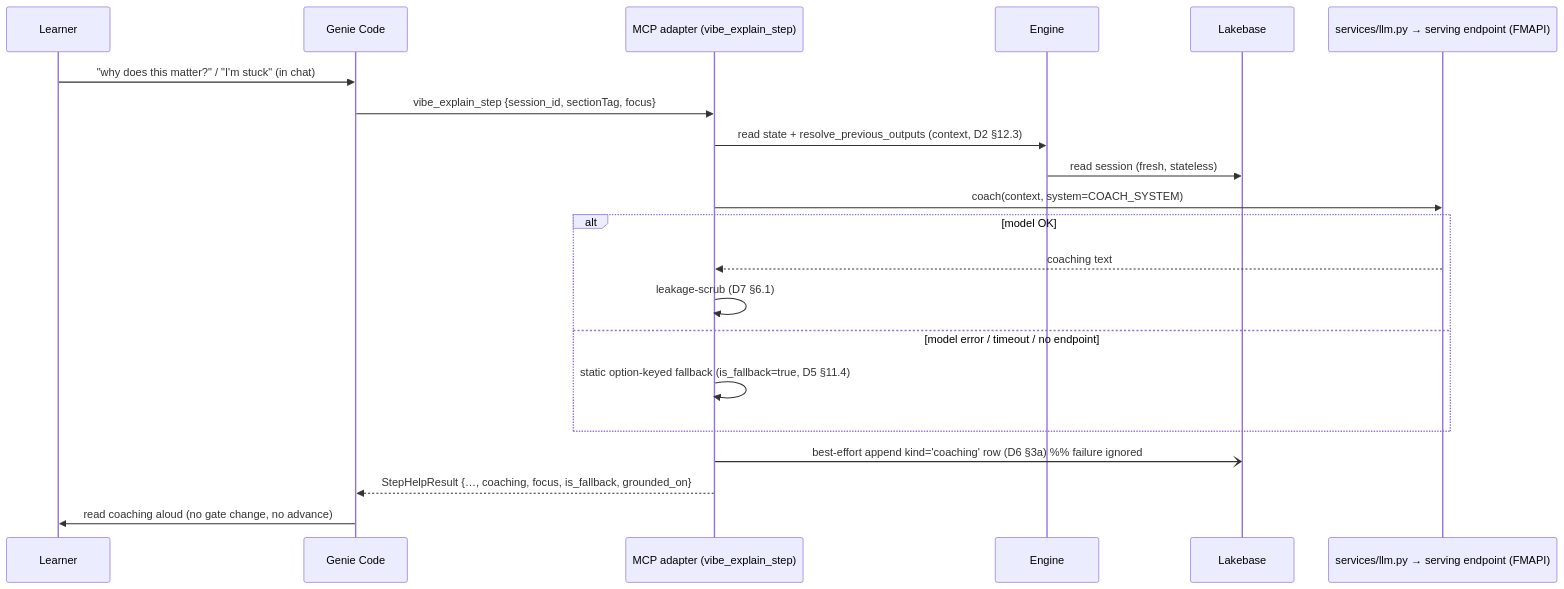
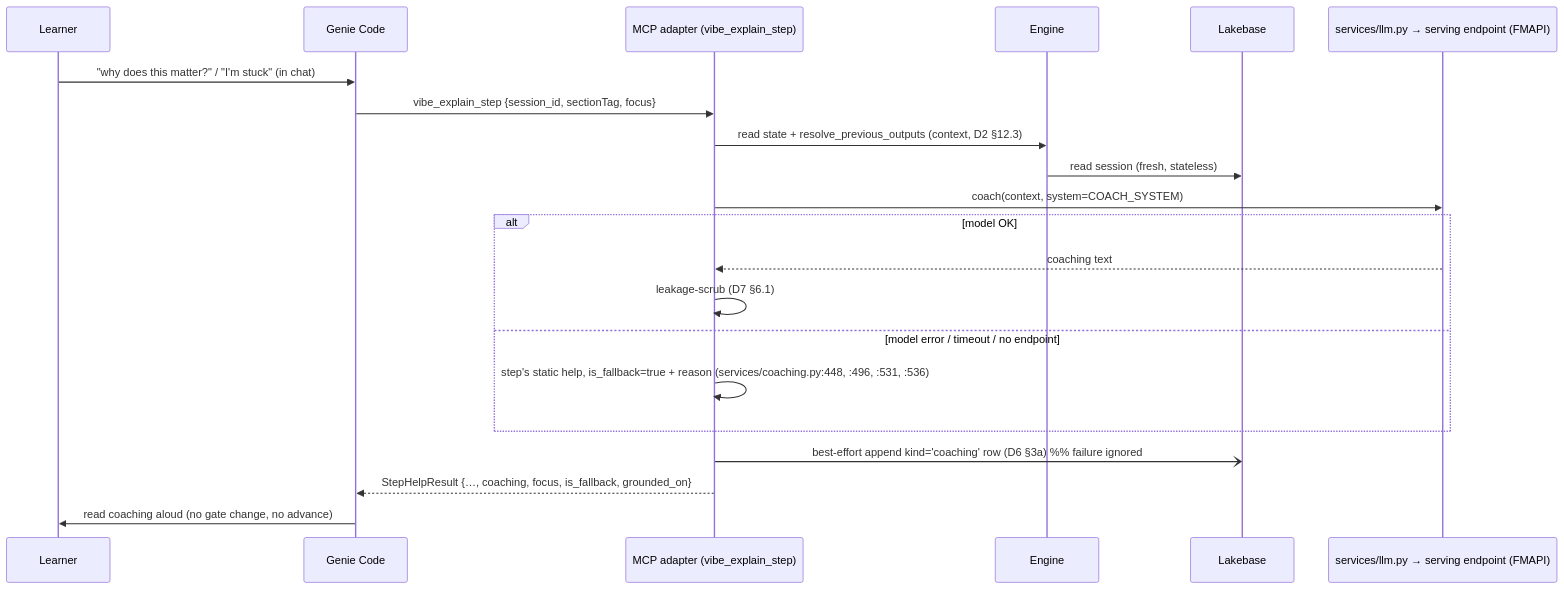
The fifth of 5 diagrams in docs/specs/mcp_design/mcp-workshop-architecture.md (databricks-solutions/vibe-coding-workshop-app), drawn with Mermaid before and after one commit. The commit also changed 8 other files, not shown here.

````diff
--- a/docs/specs/mcp_design/mcp-workshop-architecture.md
+++ b/docs/specs/mcp_design/mcp-workshop-architecture.md
@@ -253,23 +253,23 @@
 ```mermaid
 sequenceDiagram
   participant U as Learner
   participant GC as Genie Code
   participant MCP as MCP adapter (vibe_explain_step)
   participant E as Engine
   participant DB as Lakebase
   participant LLM as services/llm.py → serving endpoint (FMAPI)
   U->>GC: "why does this matter?" / "I'm stuck"  (in chat)
   GC->>MCP: vibe_explain_step {session_id, sectionTag, focus}
   MCP->>E: read state + resolve_previous_outputs (context, D2 §12.3)
   E->>DB: read session (fresh, stateless)
   MCP->>LLM: coach(context, system=COACH_SYSTEM)
   alt model OK
     LLM-->>MCP: coaching text
     MCP->>MCP: leakage-scrub (D7 §6.1)
   else model error / timeout / no endpoint
-    MCP->>MCP: static option-keyed fallback (is_fallback=true, D5 §11.4)
+    MCP->>MCP: step's static help, is_fallback=true + reason (services/coaching.py:448, :496, :531, :536)
   end
   MCP-)DB: best-effort append kind='coaching' row (D6 §3a)  %% failure ignored
   MCP-->>GC: StepHelpResult {…, coaching, focus, is_fallback, grounded_on}
   GC->>U: read coaching aloud  (no gate change, no advance)
 ```
````
